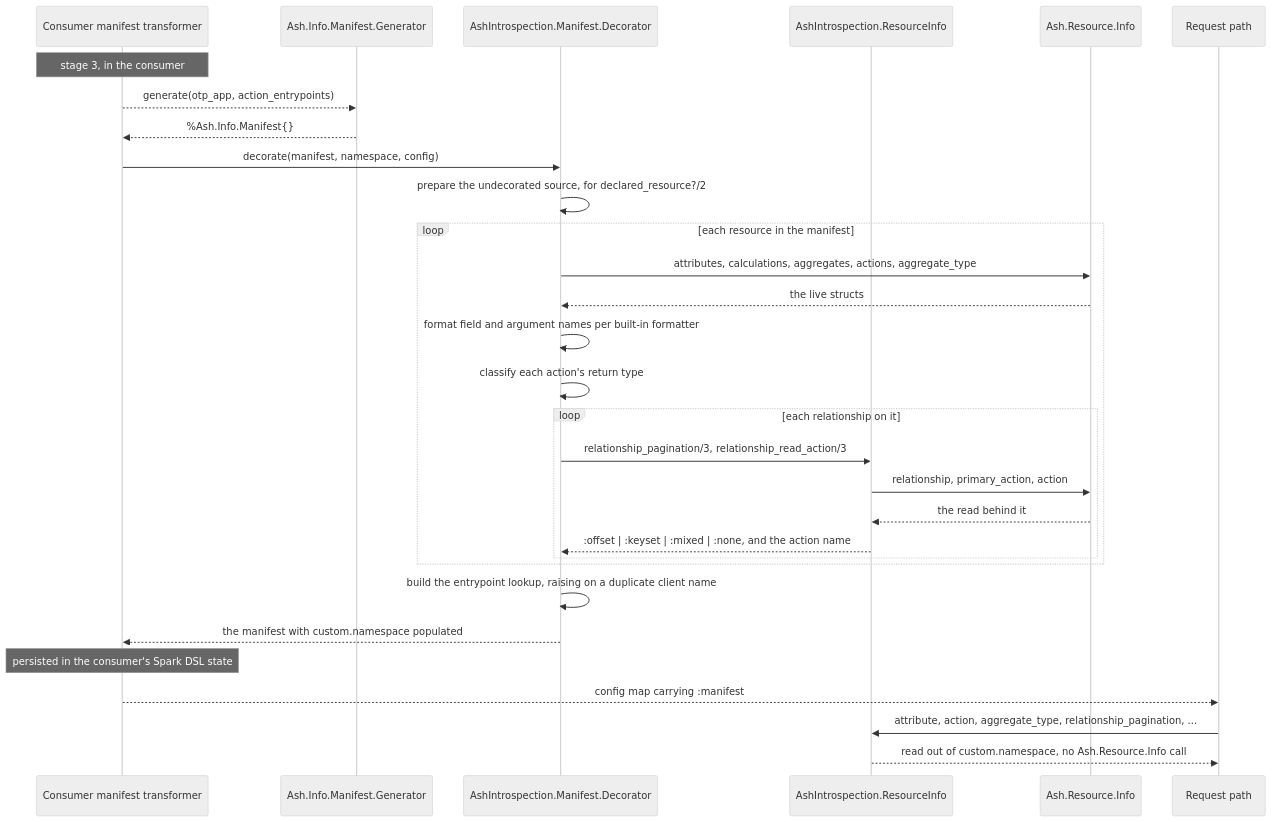
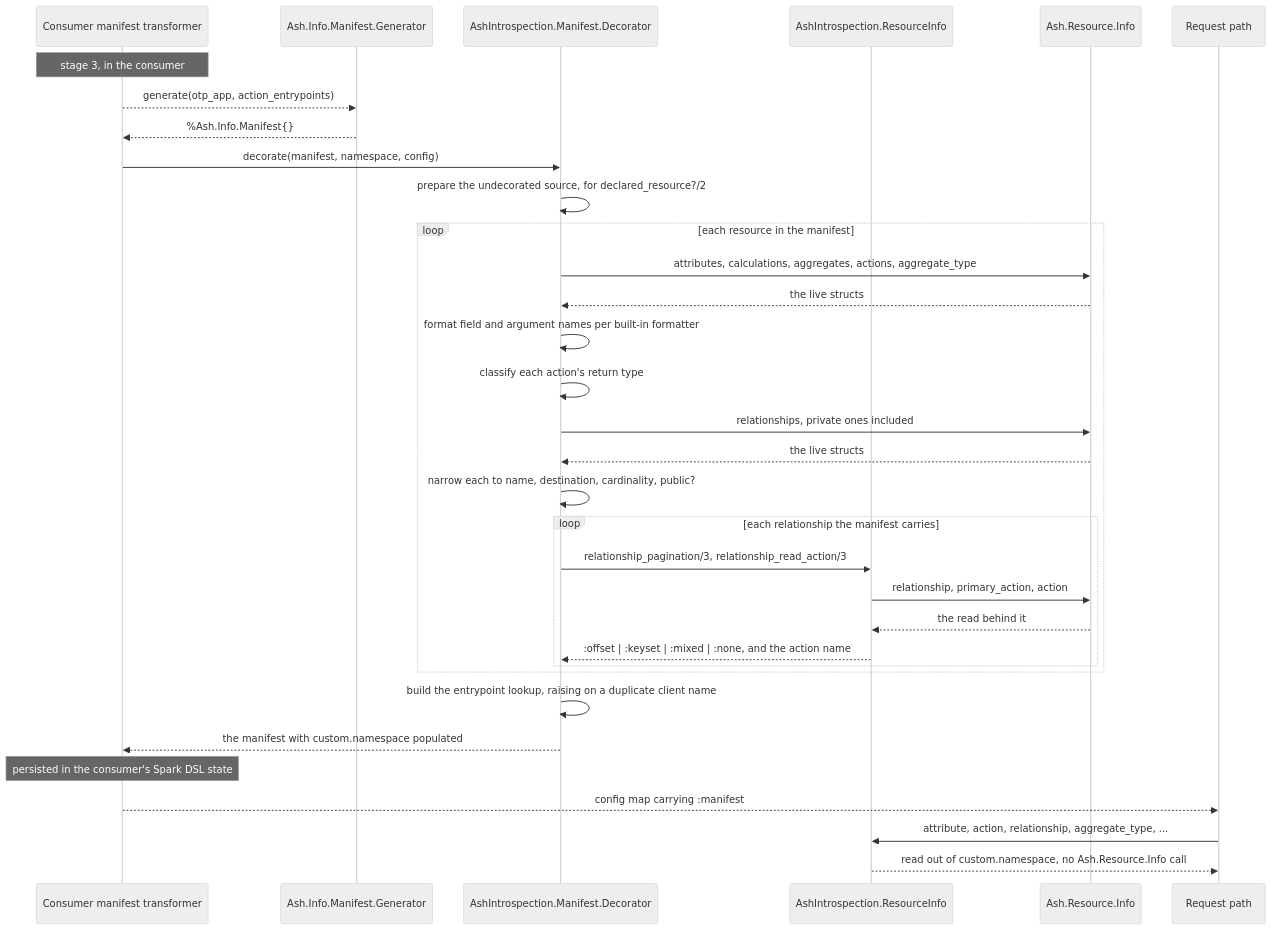
One commit to udin-io/ash_introspection changed the fourth of 5 diagrams in docs/architecture.md. Above: the diagram before and after it, drawn with Mermaid (neutral theme). The commit also changed other lines of this file and 11 other files, not shown here.

First line of the commit message:
feat: decorate every relationship, private included (#23 stage 5a PR 2) (#92)

````diff
--- a/docs/architecture.md
+++ b/docs/architecture.md
@@ -235,33 +245,36 @@
 ```mermaid
 sequenceDiagram
     participant T as Consumer manifest transformer
     participant G as Ash.Info.Manifest.Generator
     participant D as AshIntrospection.Manifest.Decorator
     participant R as AshIntrospection.ResourceInfo
     participant I as Ash.Resource.Info
     participant P as Request path
 
     Note over T: stage 3, in the consumer
     T-->>G: generate(otp_app, action_entrypoints)
     G-->>T: %Ash.Info.Manifest{}
     T->>D: decorate(manifest, namespace, config)
     D->>D: prepare the undecorated source, for declared_resource?/2
     loop each resource in the manifest
         D->>I: attributes, calculations, aggregates, actions, aggregate_type
         I-->>D: the live structs
         D->>D: format field and argument names per built-in formatter
         D->>D: classify each action's return type
-        loop each relationship on it
+        D->>I: relationships, private ones included
+        I-->>D: the live structs
+        D->>D: narrow each to name, destination, cardinality, public?
+        loop each relationship the manifest carries
             D->>R: relationship_pagination/3, relationship_read_action/3
             R->>I: relationship, primary_action, action
             I-->>R: the read behind it
             R-->>D: :offset | :keyset | :mixed | :none, and the action name
         end
     end
     D->>D: build the entrypoint lookup, raising on a duplicate client name
     D-->>T: the manifest with custom.namespace populated
     Note over T: persisted in the consumer's Spark DSL state
     T-->>P: config map carrying :manifest
-    P->>R: attribute, action, aggregate_type, relationship_pagination, ...
+    P->>R: attribute, action, relationship, aggregate_type, ...
     R-->>P: read out of custom.namespace, no Ash.Resource.Info call
 ```
````
